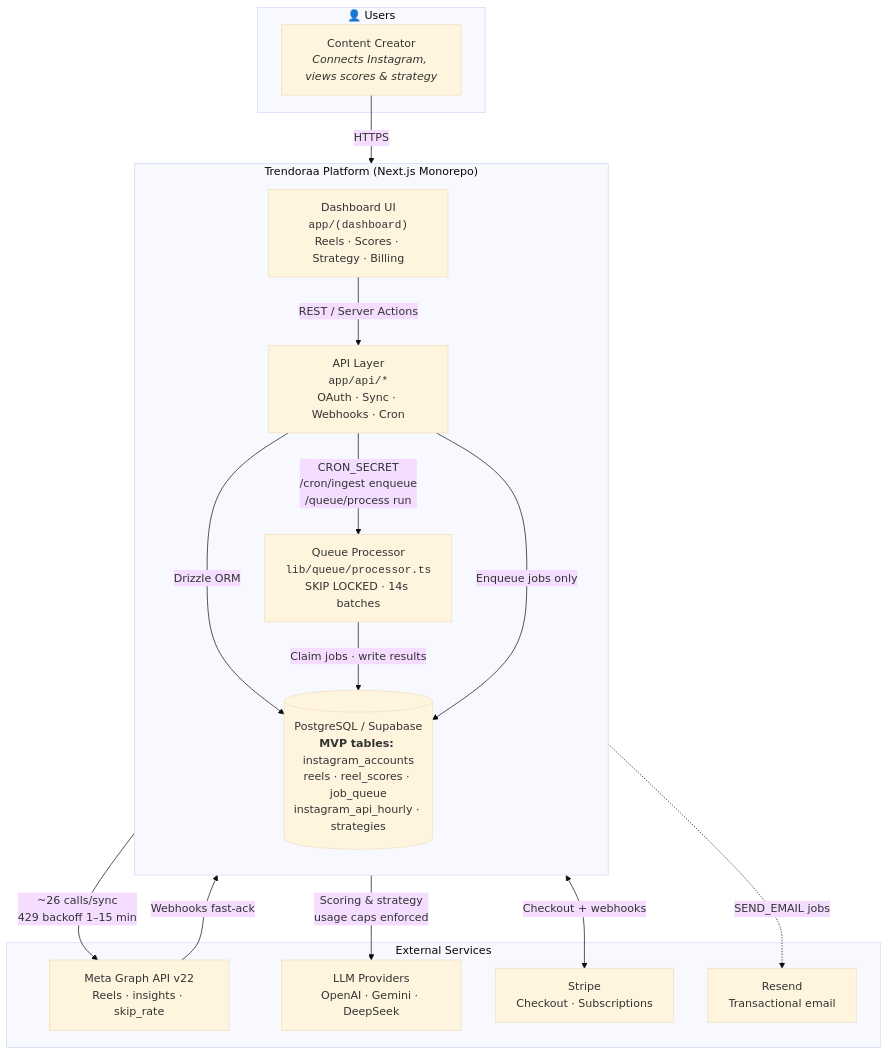
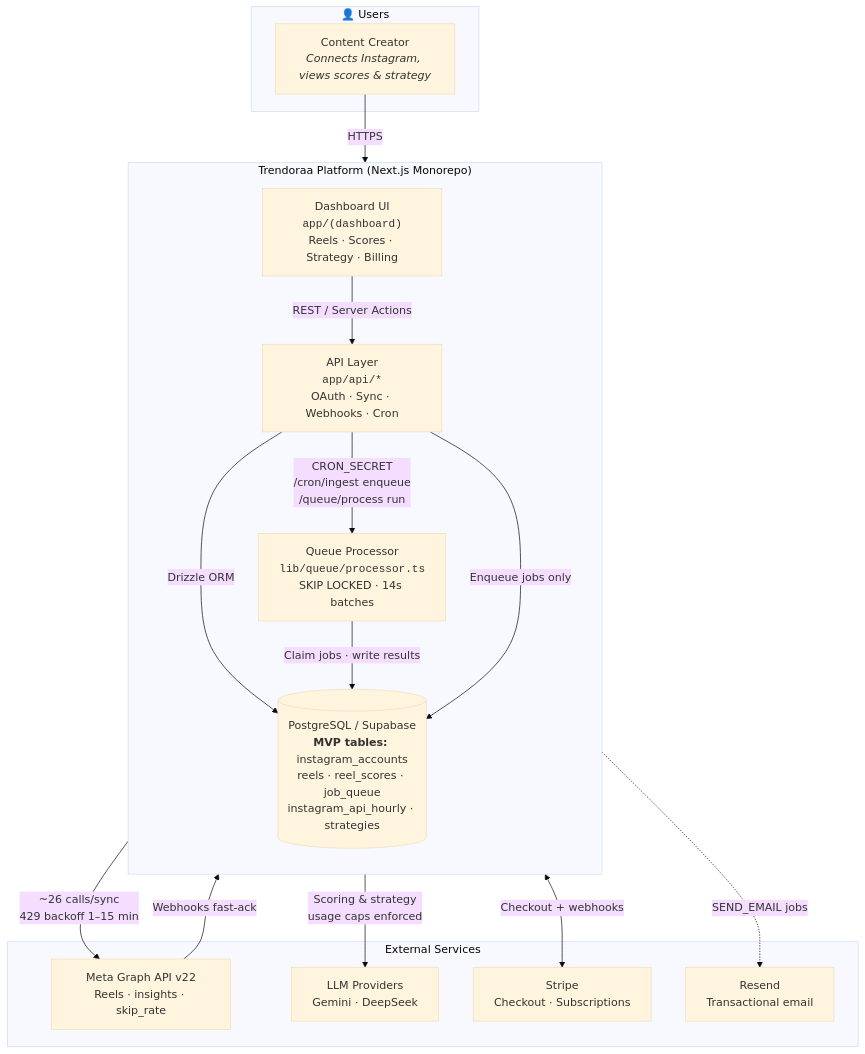
The first of 2 diagrams in docs/prd.md (Jainam2848/ReelMetrics), drawn with Mermaid (base theme) before and after one commit. The commit also changed other lines of this file and 25 other files, not shown here.

Commit message:
feat(llm): migrate to Gemini & DeepSeek with resilient fallback routing & Instagram connection guide

````diff
--- a/docs/prd.md
+++ b/docs/prd.md
@@ -76,35 +76,35 @@
 ```mermaid
 flowchart TB
     subgraph People["👤 Users"]
         Creator["Content Creator<br/><i>Connects Instagram, views scores & strategy</i>"]
     end
 
     subgraph Trendoraa["Trendoraa Platform (Next.js Monorepo)"]
         direction TB
         FE["Dashboard UI<br/><code>app/(dashboard)</code><br/>Reels · Scores · Strategy · Billing"]
         API["API Layer<br/><code>app/api/*</code><br/>OAuth · Sync · Webhooks · Cron"]
         Worker["Queue Processor<br/><code>lib/queue/processor.ts</code><br/>SKIP LOCKED · 14s batches"]
         DB[("PostgreSQL / Supabase<br/><b>MVP tables:</b> instagram_accounts<br/>reels · reel_scores · job_queue<br/>instagram_api_hourly · strategies")]
     end
 
     subgraph External["External Services"]
         Meta["Meta Graph API v22<br/>Reels · insights · skip_rate"]
-        LLM["LLM Providers<br/>OpenAI · Gemini · DeepSeek"]
+        LLM["LLM Providers<br/>Gemini · DeepSeek"]
         Stripe["Stripe<br/>Checkout · Subscriptions"]
         Resend["Resend<br/>Transactional email"]
     end
 
     Creator -->|"HTTPS"| FE
     FE -->|"REST / Server Actions"| API
     API -->|"Drizzle ORM"| DB
     Worker -->|"Claim jobs · write results"| DB
     API -->|"Enqueue jobs only"| DB
 
     Worker -->|"~26 calls/sync<br/>429 backoff 1–15 min"| Meta
     Worker -->|"Scoring & strategy<br/>usage caps enforced"| LLM
     API <-->|"Checkout + webhooks"| Stripe
     Worker -.->|"SEND_EMAIL jobs"| Resend
 
     Meta -->|"Webhooks fast-ack"| API
     API -->|"CRON_SECRET<br/>/cron/ingest enqueue<br/>/queue/process run"| Worker
 ```
````
